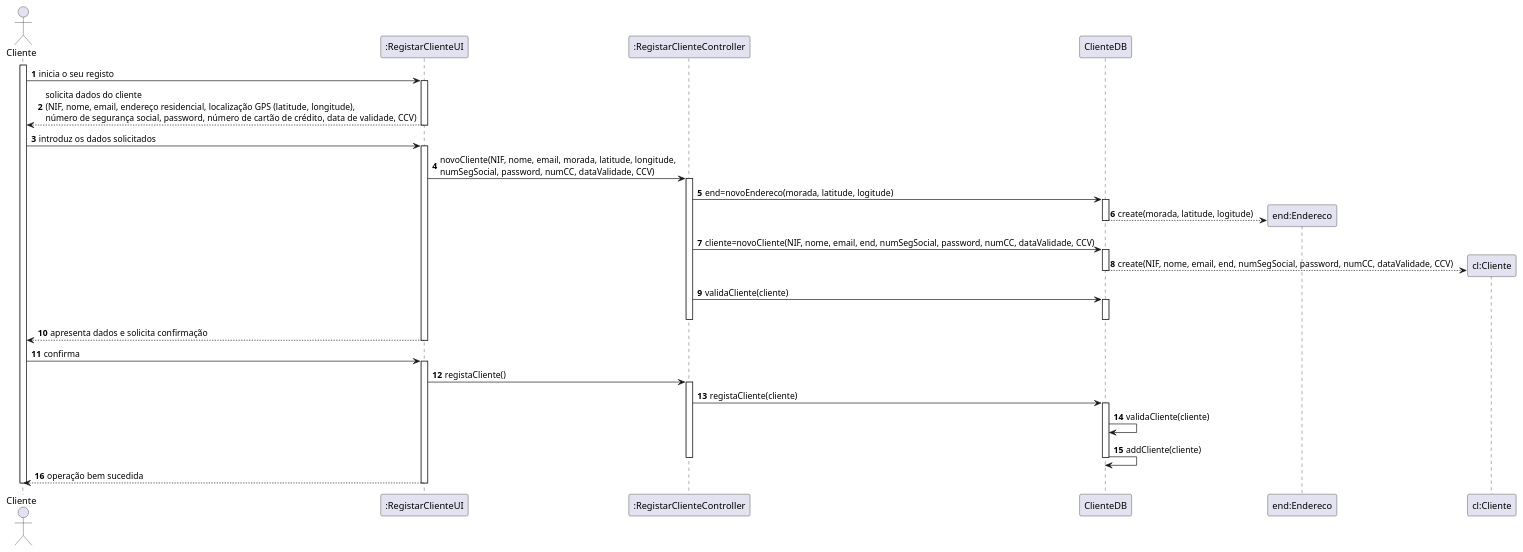
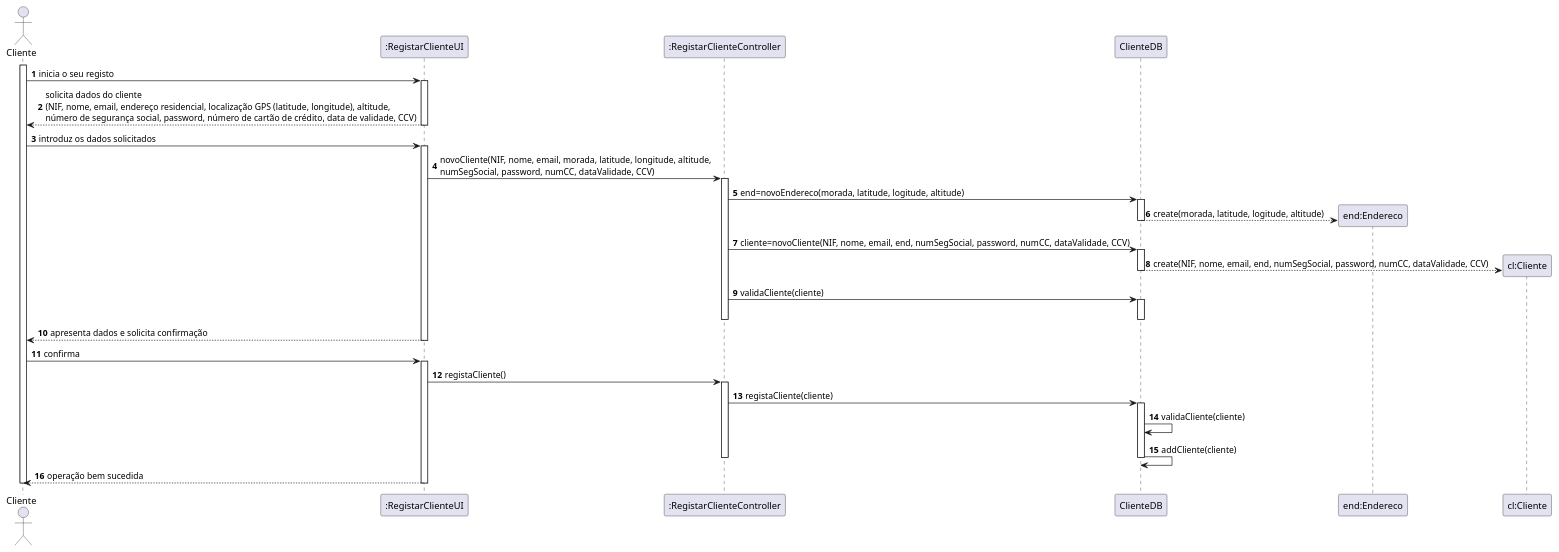
The diagram in docs/UC7/SD-REGISTAR CLIENTE.puml (pedrolemos4/LAPR3), drawn with PlantUML before and after one commit. The commit also changed 7 other files, not shown here.

```diff
--- a/docs/UC7/SD-REGISTAR CLIENTE.puml
+++ b/docs/UC7/SD-REGISTAR CLIENTE.puml
@@ -1,58 +1,58 @@
 @startuml
 autonumber
 actor "Cliente" as ADM
 
 participant ":RegistarClienteUI" as UI
 participant ":RegistarClienteController" as CTRL
 participant "ClienteDB" as DB
 participant "end:Endereco" as END
 participant "cl:Cliente" as CLIENTE
 
 activate ADM
 ADM -> UI : inicia o seu registo
 activate UI
-UI --> ADM : solicita dados do cliente \n(NIF, nome, email, endereço residencial, localização GPS (latitude, longitude), \nnúmero de segurança social, password, número de cartão de crédito, data de validade, CCV)
+UI --> ADM : solicita dados do cliente \n(NIF, nome, email, endereço residencial, localização GPS (latitude, longitude), altitude, \nnúmero de segurança social, password, número de cartão de crédito, data de validade, CCV)
 deactivate UI
 
 ADM -> UI : introduz os dados solicitados
 activate UI
-UI -> CTRL : novoCliente(NIF, nome, email, morada, latitude, longitude, \nnumSegSocial, password, numCC, dataValidade, CCV)
+UI -> CTRL : novoCliente(NIF, nome, email, morada, latitude, longitude, altitude, \nnumSegSocial, password, numCC, dataValidade, CCV)
 activate CTRL
 
-CTRL -> DB: end=novoEndereco(morada, latitude, logitude)
+CTRL -> DB: end=novoEndereco(morada, latitude, logitude, altitude)
 activate DB
-DB --> END ** : create(morada, latitude, logitude)
+DB --> END ** : create(morada, latitude, logitude, altitude)
 deactivate DB
 
 CTRL -> DB: cliente=novoCliente(NIF, nome, email, end, numSegSocial, password, numCC, dataValidade, CCV)
 activate DB
 DB --> CLIENTE ** : create(NIF, nome, email, end, numSegSocial, password, numCC, dataValidade, CCV)
 deactivate DB
 
 CTRL -> DB: validaCliente(cliente)
 activate DB
 deactivate DB
 
 deactivate CTRL
 UI --> ADM : apresenta dados e solicita confirmação
 deactivate UI
 
 ADM -> UI : confirma
 activate UI
 
 UI -> CTRL: registaCliente()
 activate CTRL
 CTRL ->DB: registaCliente(cliente)
 activate DB
 DB -> DB: validaCliente(cliente)
 DB -> DB: addCliente(cliente)
 
 deactivate DB
 deactivate CTRL
 
 UI --> ADM : operação bem sucedida
 deactivate UI
 
 deactivate ADM
 
 @enduml
```
